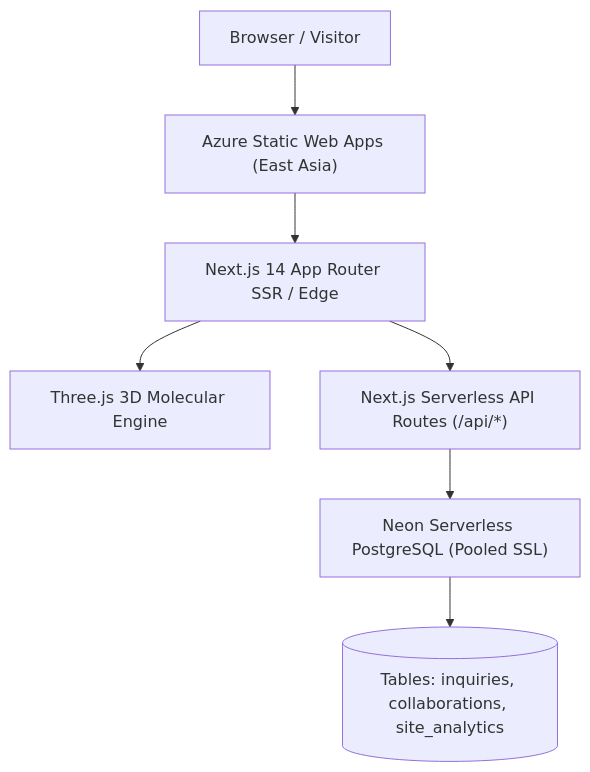
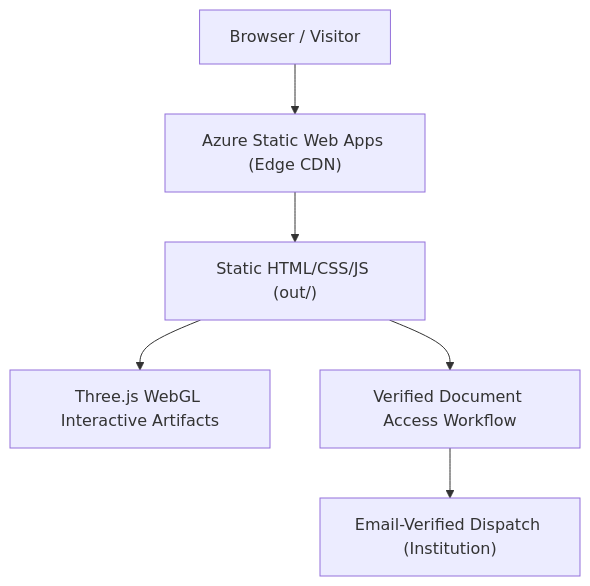
One commit to Kamran5H/Portfolio changed the diagram in README.md. Above: the diagram before and after it, drawn with Mermaid. The commit also changed other lines of this file and 20 other files, not shown here.

````diff
--- a/README.md
+++ b/README.md
@@ -17,9 +22,8 @@
 ```mermaid
 graph TD
-    Client["Browser / Visitor"] --> Azure["Azure Static Web Apps (East Asia)"]
-    Azure --> NextApp["Next.js 14 App Router SSR / Edge"]
-    NextApp --> WebGL["Three.js 3D Molecular Engine"]
-    NextApp --> APIRoutes["Next.js Serverless API Routes (/api/*)"]
-    APIRoutes --> NeonPool["Neon Serverless PostgreSQL (Pooled SSL)"]
-    NeonPool --> DB[(Tables: inquiries, collaborations, site_analytics)]
+    Client["Browser / Visitor"] --> Azure["Azure Static Web Apps (Edge CDN)"]
+    Azure --> StaticPages["Static HTML/CSS/JS (out/)"]
+    StaticPages --> Three["Three.js WebGL Interactive Artifacts"]
+    StaticPages --> Vault["Verified Document Access Workflow"]
+    Vault --> Email["Email-Verified Dispatch (Institution)"]
 ```
````
